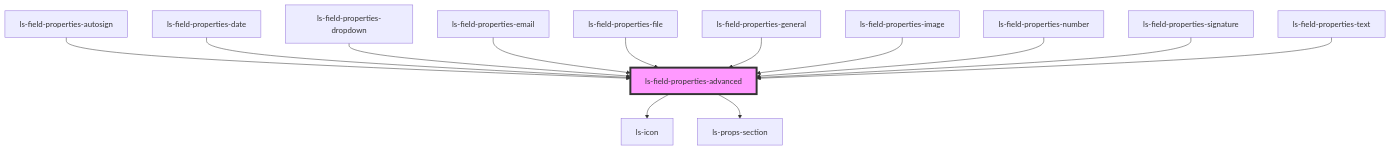
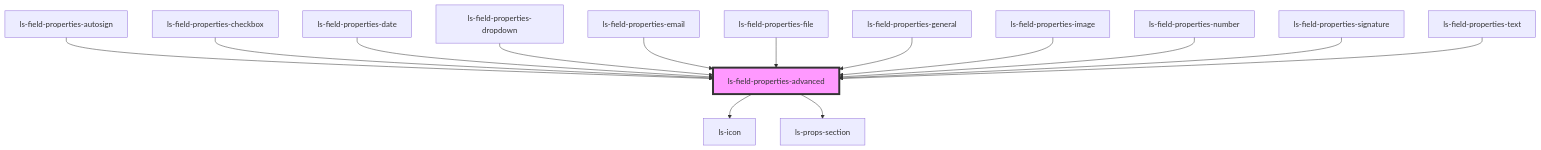
The diagram in src/components/ls-field-properties-advanced/readme.md (legalesign/ls-document-viewer), drawn with Mermaid before and after one commit. The commit also changed other lines of this file and 24 other files, not shown here.

````diff
--- a/src/components/ls-field-properties-advanced/readme.md
+++ b/src/components/ls-field-properties-advanced/readme.md
@@ -45,16 +46,17 @@
 ```mermaid
 graph TD;
   ls-field-properties-advanced --> ls-icon
   ls-field-properties-advanced --> ls-props-section
   ls-field-properties-autosign --> ls-field-properties-advanced
+  ls-field-properties-checkbox --> ls-field-properties-advanced
   ls-field-properties-date --> ls-field-properties-advanced
   ls-field-properties-dropdown --> ls-field-properties-advanced
   ls-field-properties-email --> ls-field-properties-advanced
   ls-field-properties-file --> ls-field-properties-advanced
   ls-field-properties-general --> ls-field-properties-advanced
   ls-field-properties-image --> ls-field-properties-advanced
   ls-field-properties-number --> ls-field-properties-advanced
   ls-field-properties-signature --> ls-field-properties-advanced
   ls-field-properties-text --> ls-field-properties-advanced
   style ls-field-properties-advanced fill:#f9f,stroke:#333,stroke-width:4px
 ```
````
